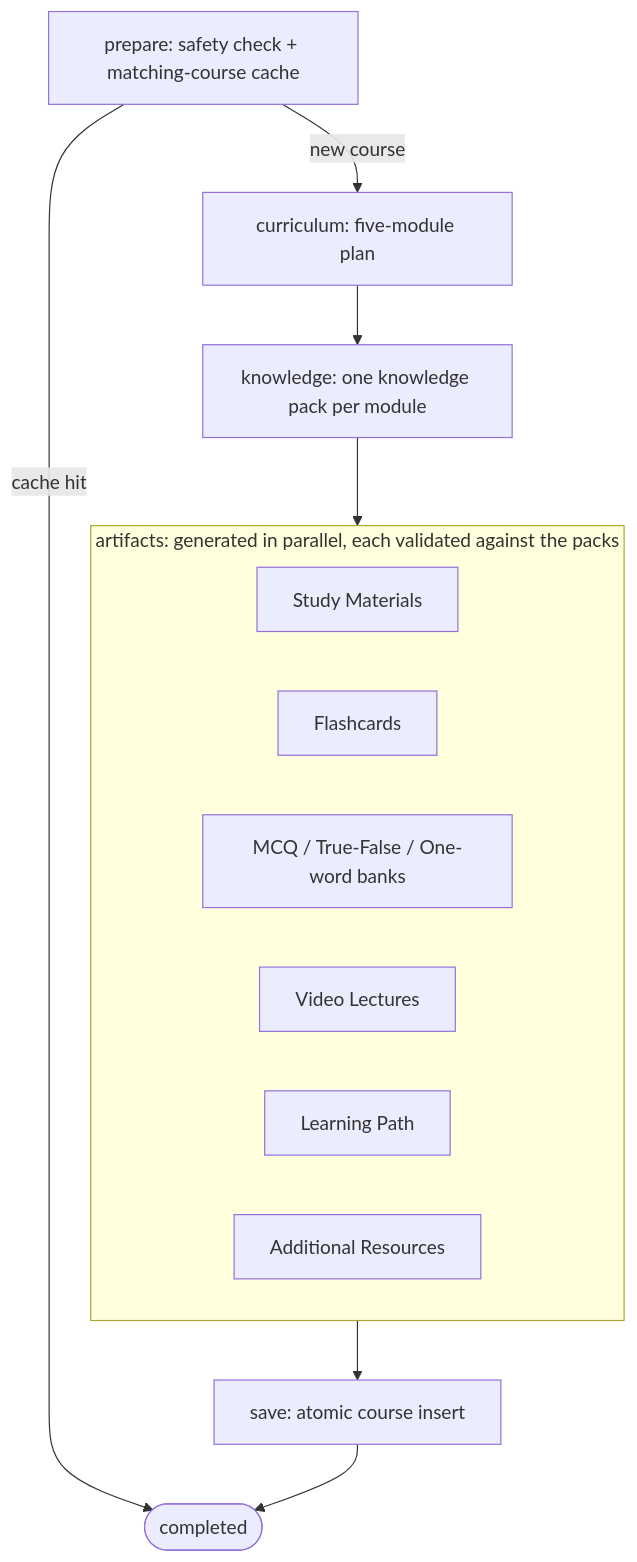
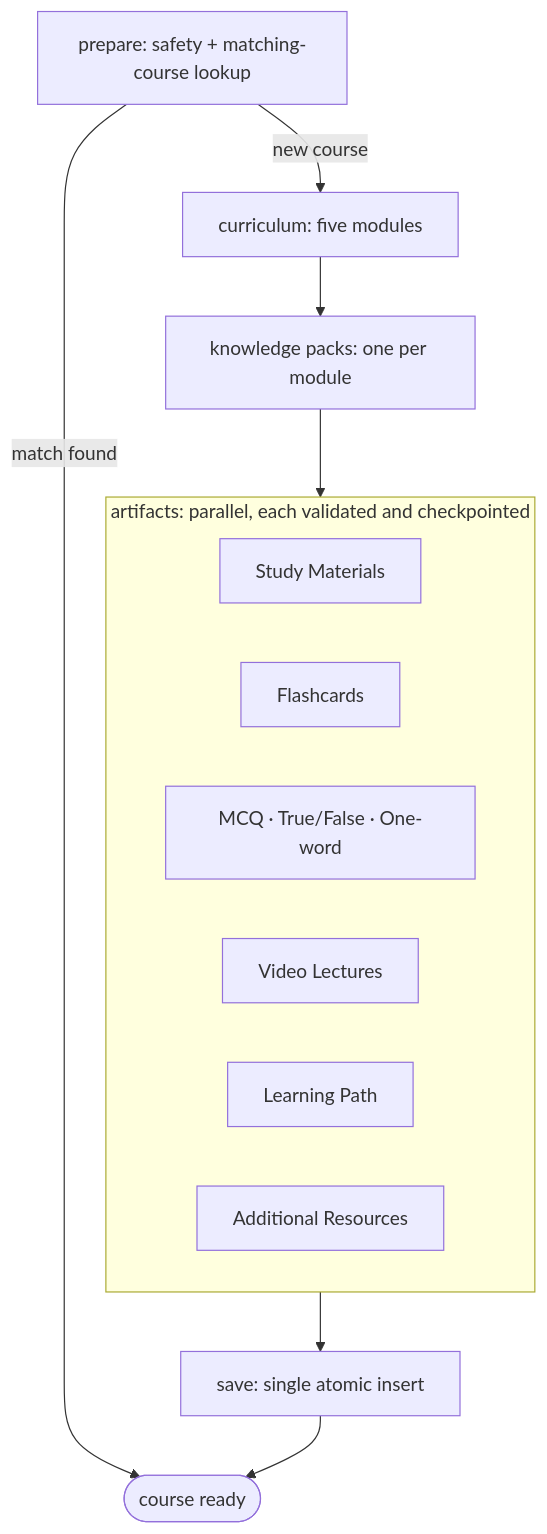
The second of 3 diagrams in README.md (rsrsp21/LexinitAI), drawn with Mermaid before and after one commit. The commit also changed other lines of this file, not shown here.

````diff
--- a/README.md
+++ b/README.md
@@ -61,18 +135,18 @@
 ```mermaid
 flowchart TD
-    PREPARE[prepare: safety check + matching-course cache] -->|cache hit| DONE([completed])
-    PREPARE -->|new course| CURRICULUM[curriculum: five-module plan]
-    CURRICULUM --> KNOWLEDGE[knowledge: one knowledge pack per module]
+    PREPARE[prepare: safety + matching-course lookup] -->|match found| DONE([course ready])
+    PREPARE -->|new course| CURRICULUM[curriculum: five modules]
+    CURRICULUM --> KNOWLEDGE[knowledge packs: one per module]
     KNOWLEDGE --> ARTIFACTS
-    subgraph ARTIFACTS[artifacts: generated in parallel, each validated against the packs]
+    subgraph ARTIFACTS[artifacts: parallel, each validated and checkpointed]
         direction LR
         A1[Study Materials]
         A2[Flashcards]
-        A3[MCQ / True-False / One-word banks]
+        A3[MCQ · True/False · One-word]
         A4[Video Lectures]
         A5[Learning Path]
         A6[Additional Resources]
     end
-    ARTIFACTS --> SAVE[save: atomic course insert]
+    ARTIFACTS --> SAVE[save: single atomic insert]
     SAVE --> DONE
 ```
````
